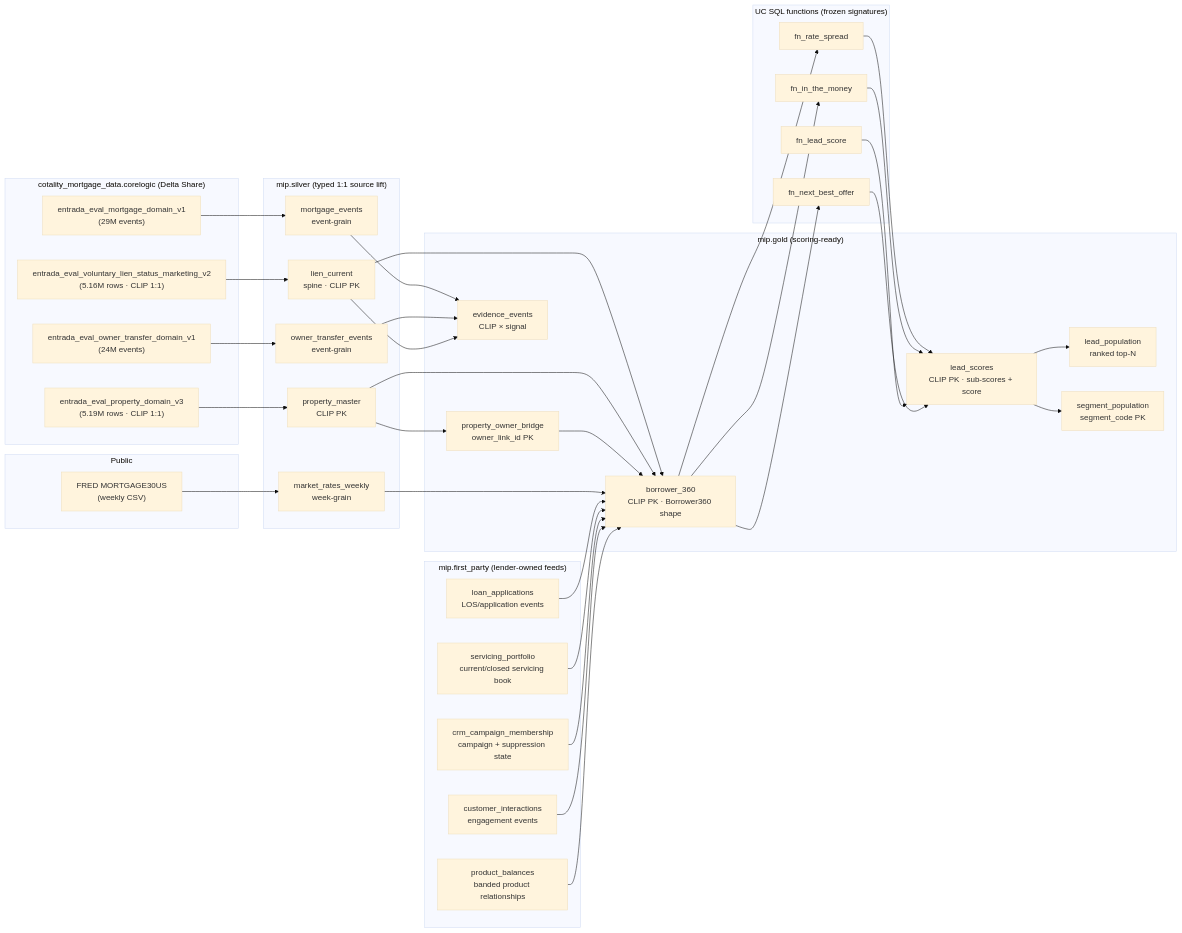
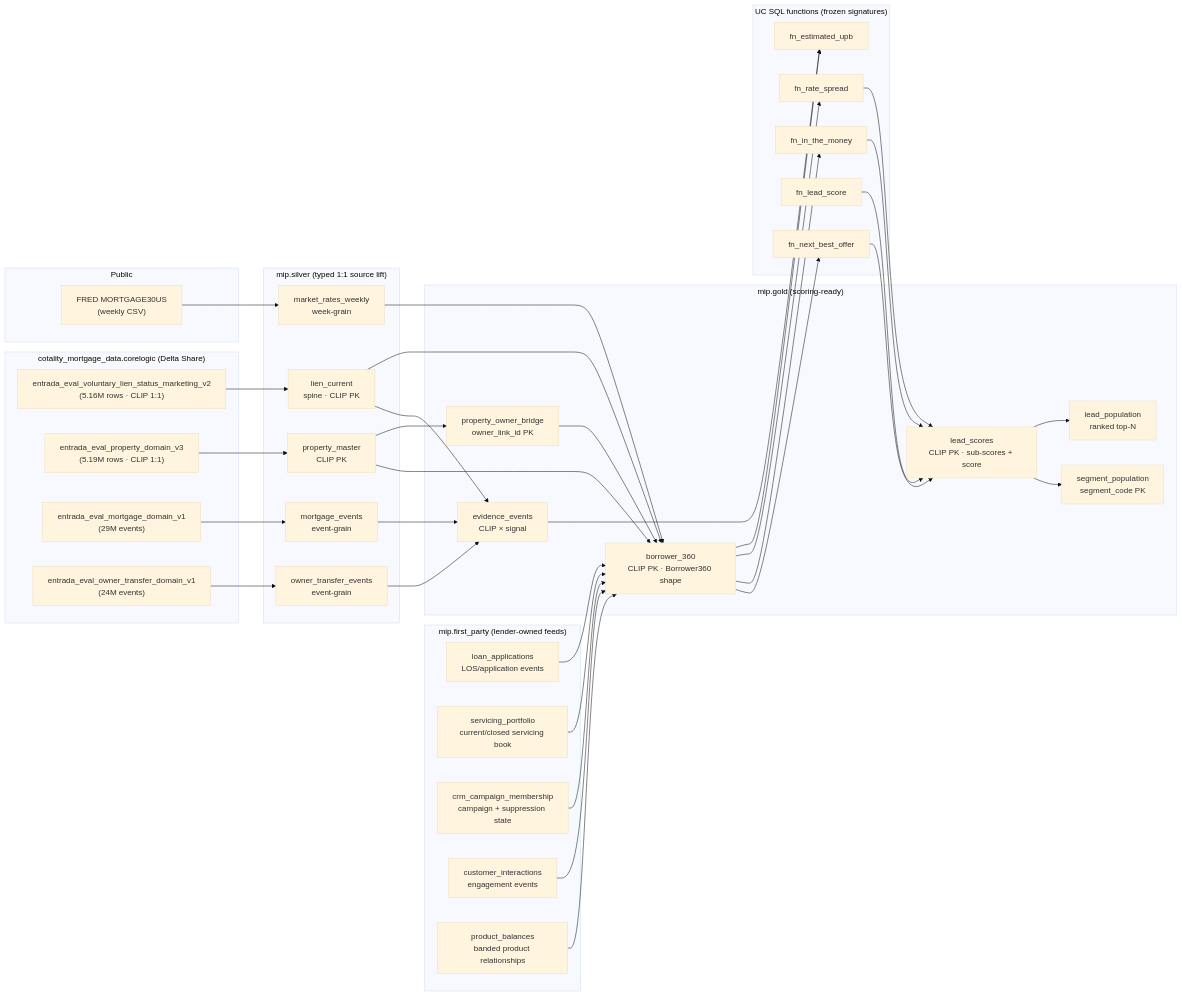
One commit to skyler-myers-db/mortgage-intelligence-platform changed the diagram in docs/data-contract-module0.md. Above: the diagram before and after it, drawn with Mermaid (base theme). The commit also changed other lines of this file and 5 other files, not shown here.

Commit message:
feat(data): derive equity from estimated upb

````diff
--- a/docs/data-contract-module0.md
+++ b/docs/data-contract-module0.md
@@ -21,75 +21,78 @@
 ```mermaid
 flowchart LR
   subgraph Share["cotality_mortgage_data.corelogic (Delta Share)"]
     VL["entrada_eval_voluntary_lien_status_marketing_v2<br/>(5.16M rows · CLIP 1:1)"]
     PV["entrada_eval_property_domain_v3<br/>(5.19M rows · CLIP 1:1)"]
     MD["entrada_eval_mortgage_domain_v1<br/>(29M events)"]
     OT["entrada_eval_owner_transfer_domain_v1<br/>(24M events)"]
   end
 
   subgraph Public["Public"]
     FRED["FRED MORTGAGE30US<br/>(weekly CSV)"]
   end
 
   subgraph Silver["mip.silver (typed 1:1 source lift)"]
     S_LC["lien_current<br/>spine · CLIP PK"]
     S_PM["property_master<br/>CLIP PK"]
     S_ME["mortgage_events<br/>event-grain"]
     S_OT["owner_transfer_events<br/>event-grain"]
     S_MR["market_rates_weekly<br/>week-grain"]
   end
 
   subgraph FirstParty["mip.first_party (lender-owned feeds)"]
     FP_LOS["loan_applications<br/>LOS/application events"]
     FP_SERV["servicing_portfolio<br/>current/closed servicing book"]
     FP_CRM["crm_campaign_membership<br/>campaign + suppression state"]
     FP_INT["customer_interactions<br/>engagement events"]
     FP_BAL["product_balances<br/>banded product relationships"]
   end
 
   subgraph Gold["mip.gold (scoring-ready)"]
     G_POB["property_owner_bridge<br/>owner_link_id PK"]
     G_B360["borrower_360<br/>CLIP PK · Borrower360 shape"]
     G_EE["evidence_events<br/>CLIP × signal"]
     G_LS["lead_scores<br/>CLIP PK · sub-scores + score"]
     G_LP["lead_population<br/>ranked top-N"]
     G_SP["segment_population<br/>segment_code PK"]
   end
 
   subgraph UDF["UC SQL functions (frozen signatures)"]
     F_RS["fn_rate_spread"]
+    F_UPB["fn_estimated_upb"]
     F_ITM["fn_in_the_money"]
     F_LS["fn_lead_score"]
     F_NBO["fn_next_best_offer"]
   end
 
   VL --> S_LC
   PV --> S_PM
   MD --> S_ME
   OT --> S_OT
   FRED --> S_MR
 
   S_PM --> G_POB
   S_LC --> G_B360
   S_PM --> G_B360
   G_POB --> G_B360
   S_MR --> G_B360
   FP_LOS --> G_B360
   FP_SERV --> G_B360
   FP_CRM --> G_B360
   FP_INT --> G_B360
   FP_BAL --> G_B360
   S_ME --> G_EE
   S_OT --> G_EE
   S_LC --> G_EE
 
+  G_B360 --> F_UPB
+  G_EE --> F_UPB
   G_B360 --> F_RS
   G_B360 --> F_ITM
   G_B360 --> F_NBO
   F_RS --> G_LS
   F_ITM --> G_LS
   F_LS --> G_LS
   F_NBO --> G_LS
   G_LS --> G_LP
   G_LS --> G_SP
 ```
````
